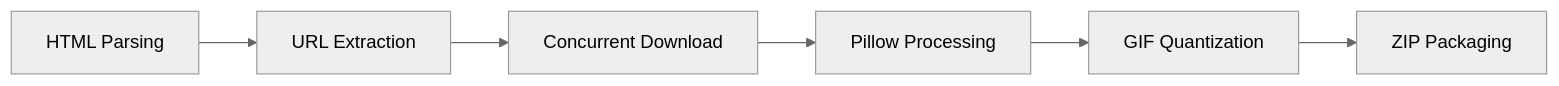
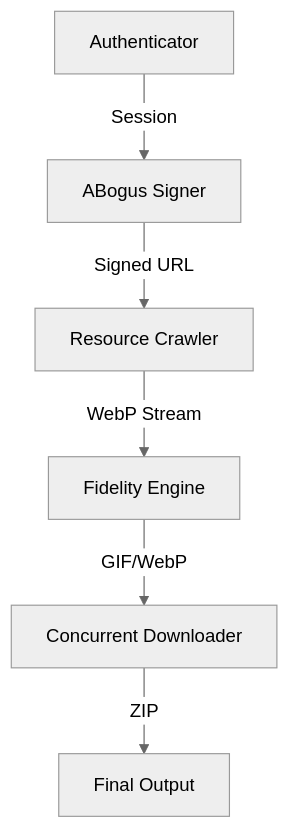
The diagram in README.md (Jacknie666/tool-douyin-emoji), drawn with Mermaid (neutral theme) before and after one commit. The commit also changed other lines of this file and 3 other files, not shown here.

Commit message:
feat: upgrade to P8-ABogus version with high-fidelity conversion and enhanced docs

````diff
--- a/README.md
+++ b/README.md
@@ -25,8 +28,8 @@
 ```mermaid
-graph LR
-    A[HTML Parsing] --> B[URL Extraction]
-    B --> C[Concurrent Download]
-    C --> D[Pillow Processing]
-    D --> E[GIF Quantization]
-    E --> F[ZIP Packaging]
+graph TD
+    A[Authenticator] -->|Session| B[ABogus Signer]
+    B -->|Signed URL| C[Resource Crawler]
+    C -->|WebP Stream| D[Fidelity Engine]
+    D -->|GIF/WebP| E[Concurrent Downloader]
+    E -->|ZIP| F[Final Output]
 ```
````
